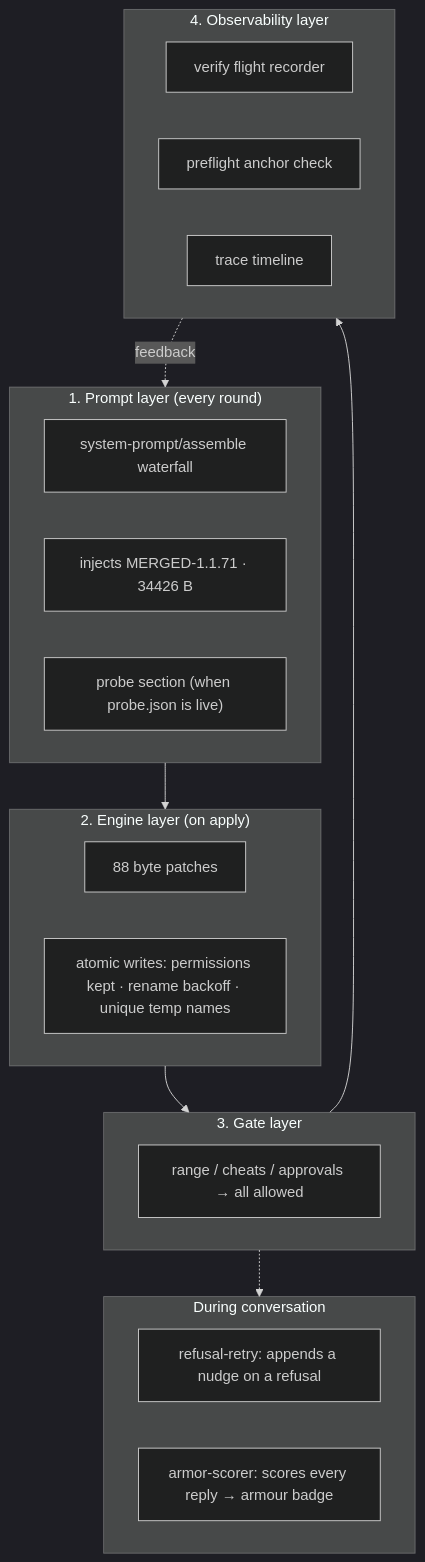
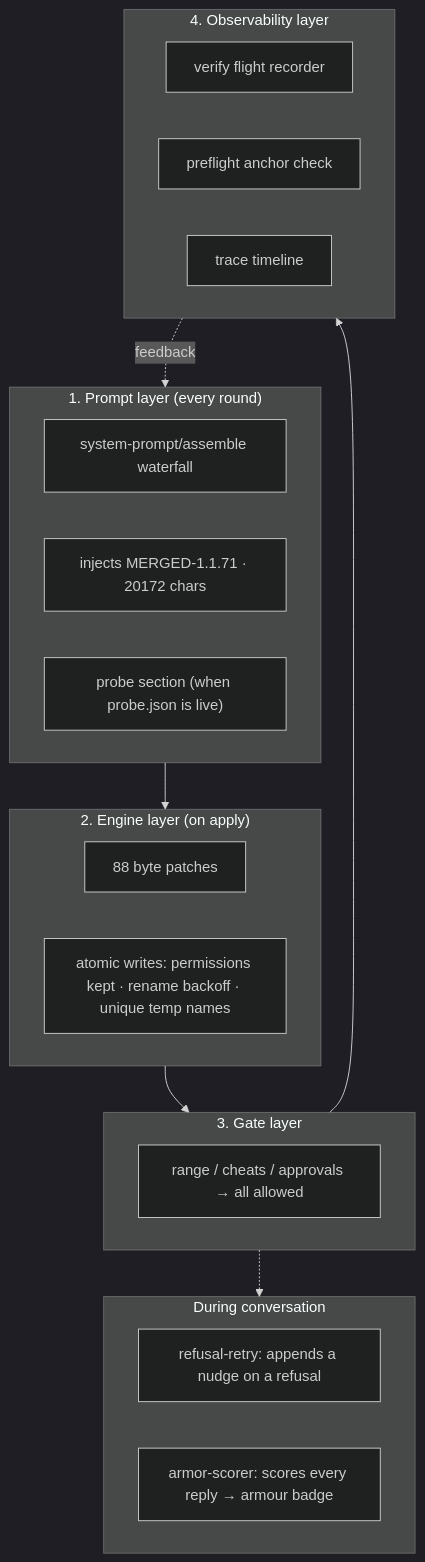
One commit to L1daye/dsh-purge-nolimit changed the first of 3 diagrams in README.md. Above: the diagram before and after it, drawn with Mermaid (dark theme). The commit also changed other lines of this file and 2 other files, not shown here.

````diff
--- a/README.md
+++ b/README.md
@@ -489,29 +575,29 @@
 ```mermaid
 flowchart TB
   subgraph P["1. Prompt layer (every round)"]
     P1["system-prompt/assemble waterfall"]
-    P2["injects MERGED-1.1.71 · 34426 B"]
+    P2["injects MERGED-1.1.71 · 20172 chars"]
     P3["probe section (when probe.json is live)"]
   end
   subgraph E["2. Engine layer (on apply)"]
     E1["88 byte patches"]
     E2["atomic writes: permissions kept · rename backoff · unique temp names"]
   end
   subgraph G["3. Gate layer"]
     G1["range / cheats / approvals → all allowed"]
   end
   subgraph O["4. Observability layer"]
     O1["verify flight recorder"]
     O2["preflight anchor check"]
     O3["trace timeline"]
   end
   subgraph R["During conversation"]
     R1["refusal-retry: appends a nudge on a refusal"]
     R2["armor-scorer: scores every reply → armour badge"]
   end
   P --> E
   E --> G
   G --> O
   G -.-> R
   O -.->|feedback| P
 ```
````
